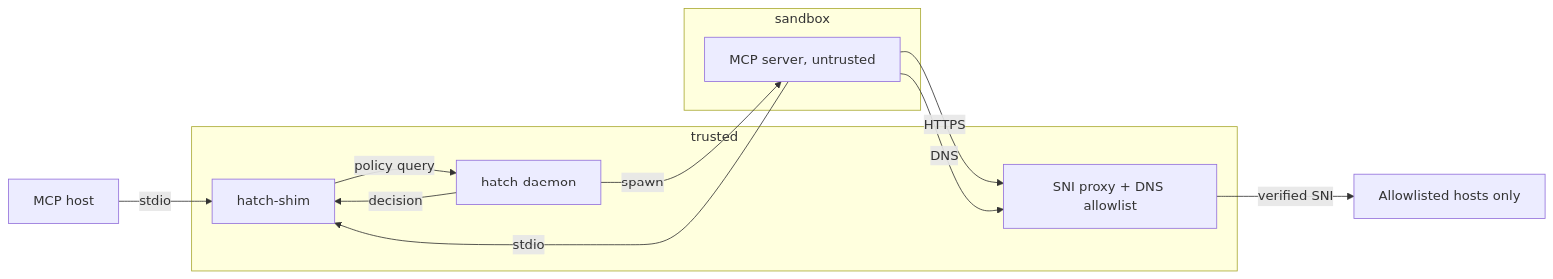
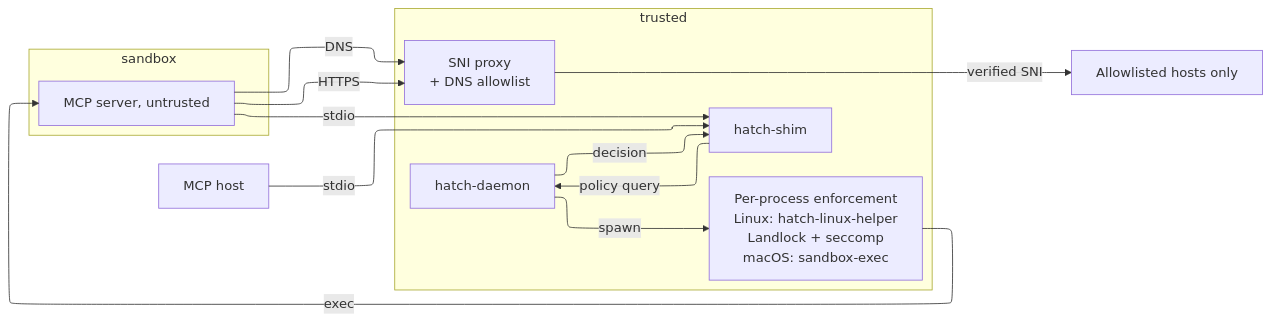
The diagram in README.md (malwarebo/hatch), drawn with Mermaid before and after one commit. The commit also changed other lines of this file, not shown here.

Commit message:
docs(readme): add about daemon model

````diff
--- a/README.md
+++ b/README.md
@@ -17,25 +22,29 @@
 ```mermaid
+%%{init: {"flowchart": {"defaultRenderer": "elk"}}}%%
 flowchart LR
     Host[MCP host]
 
     subgraph trusted [trusted]
+        direction TB
         Shim[hatch-shim]
         Daemon[hatch-daemon]
-        Proxy[SNI proxy + DNS allowlist]
+        Enforce["Per-process enforcement<br/>Linux: hatch-linux-helper<br/>Landlock + seccomp<br/>macOS: sandbox-exec"]
+        Proxy["SNI proxy<br/>+ DNS allowlist"]
     end
 
     subgraph sandbox [sandbox]
         Srv[MCP server, untrusted]
     end
 
     Net[Allowlisted hosts only]
 
     Host -->|stdio| Shim
     Shim -->|policy query| Daemon
     Daemon -->|decision| Shim
-    Daemon -->|spawn| Srv
+    Daemon -->|spawn| Enforce
+    Enforce -->|exec| Srv
     Srv -->|stdio| Shim
     Srv -->|HTTPS| Proxy
     Srv -->|DNS| Proxy
     Proxy -->|verified SNI| Net
 ```
````
